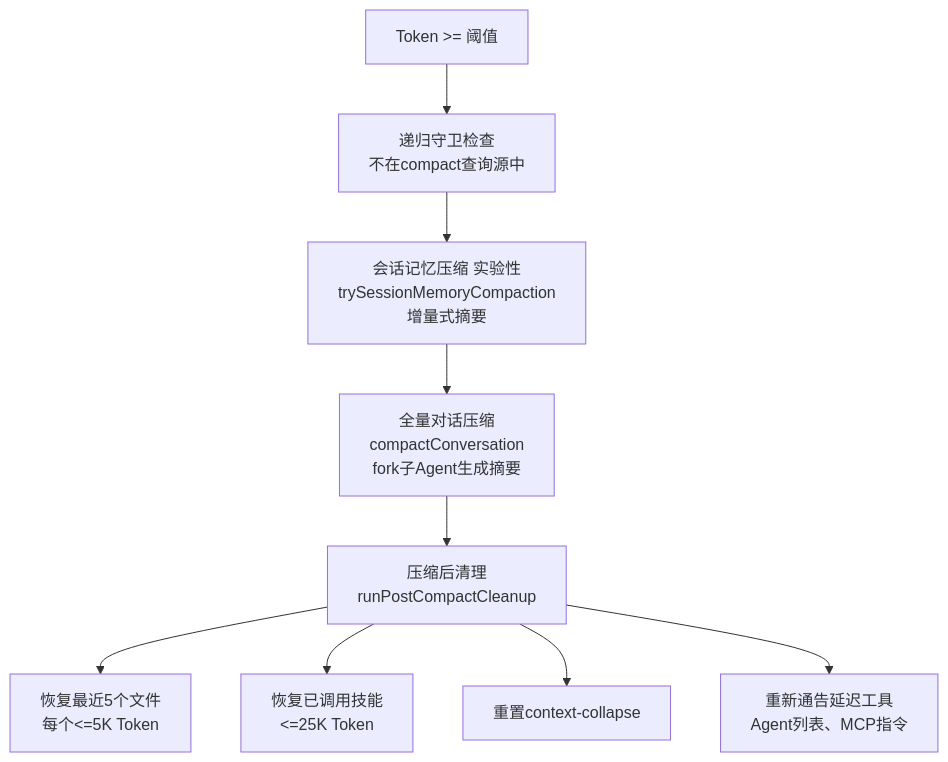
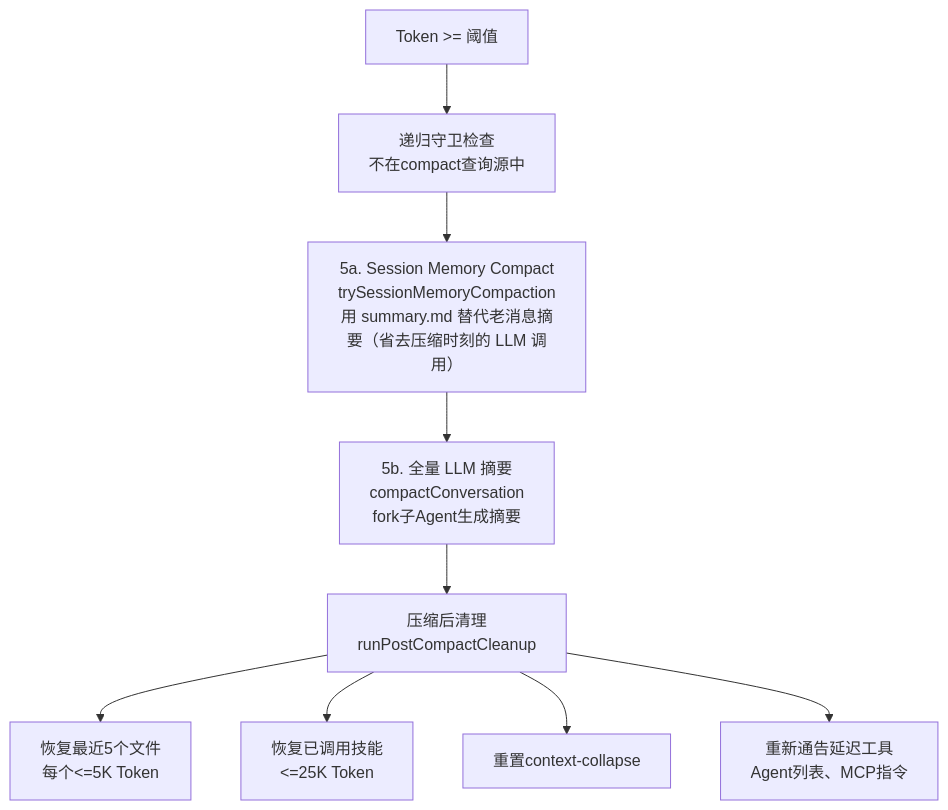
The fourth of 4 diagrams in docs/03-context-engineering.md (glowElephant/how-claude-code-works), drawn with Mermaid before and after one commit. The commit also changed other lines of this file, not shown here.

First line of the commit message:
docs(03): 新增路径C API端CM + Session Memory Compact + 设计决策补充

````diff
--- a/docs/03-context-engineering.md
+++ b/docs/03-context-engineering.md
@@ -646,11 +700,11 @@
 ```mermaid
 flowchart TD
     Trigger[Token >= 阈值] --> Guard[递归守卫检查<br/>不在compact查询源中]
-    Guard --> Memory[会话记忆压缩 实验性<br/>trySessionMemoryCompaction<br/>增量式摘要]
-    Memory --> Full[全量对话压缩<br/>compactConversation<br/>fork子Agent生成摘要]
+    Guard --> Memory["5a. Session Memory Compact<br/>trySessionMemoryCompaction<br/>用 summary.md 替代老消息摘要（省去压缩时刻的 LLM 调用）"]
+    Memory --> Full["5b. 全量 LLM 摘要<br/>compactConversation<br/>fork子Agent生成摘要"]
     Full --> Cleanup[压缩后清理<br/>runPostCompactCleanup]
     Cleanup --> R1[恢复最近5个文件<br/>每个<=5K Token]
     Cleanup --> R2[恢复已调用技能<br/><=25K Token]
     Cleanup --> R3[重置context-collapse]
     Cleanup --> R4[重新通告延迟工具<br/>Agent列表、MCP指令]
 ```
````
